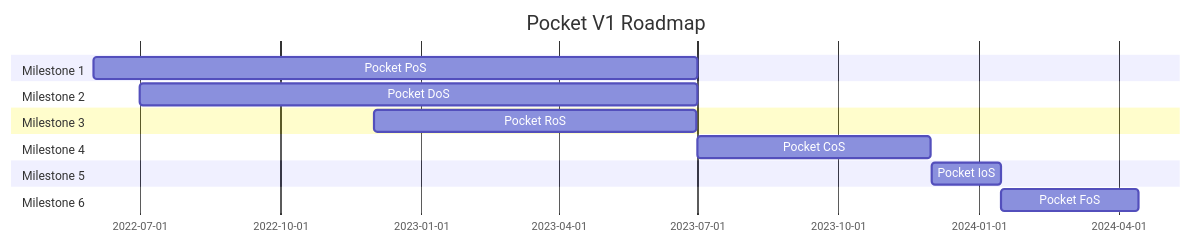
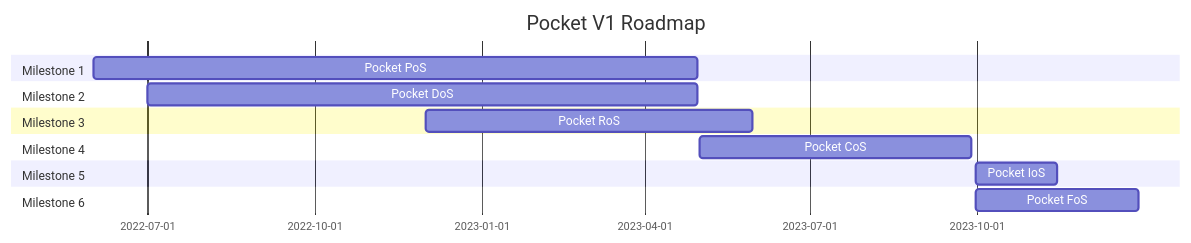
Before and after one commit to pokt-network/pocket: the diagram in docs/roadmap/README.md, drawn with Mermaid. The commit also changed other lines of this file, not shown here.

Commit message:
Updated "Last Updated" Date
When the roadmap was updated in December (https://github.com/pokt-network/pocket/pull/392) the "This document was last updated on..." date was not updated.

````diff
--- a/docs/roadmap/README.md
+++ b/docs/roadmap/README.md
@@ -23,17 +23,17 @@
 ```mermaid
 gantt
     title Pocket V1 Roadmap
     dateFormat  YYYY-MM-DD
     section Milestone 1
-        Pocket PoS       :a1, 2022-06-01, 395d
+        Pocket PoS       :a1, 2022-06-01, 333d
     section Milestone 2
-        Pocket DoS       :a1, 2022-07-01, 365d
+        Pocket DoS       :a1, 2022-07-01, 303d
     section Milestone 3
-        Pocket RoS       :a1, 2022-12-01, 211d
+        Pocket RoS       :a1, 2022-12-01, 180d
     section Milestone 4
-        Pocket CoS       :a1, 2023-07-01, 152d
+        Pocket CoS       :a1, 2023-05-01, 150d
     section Milestone 5
-        Pocket IoS       :a1, 2023-12-01, 45d
+        Pocket IoS       :a1, 2023-09-30, 45d
     section Milestone 6
-        Pocket FoS       :a1, 2024-01-15, 90d
+        Pocket FoS       :a1, 2023-09-30, 90d
 ```
````
